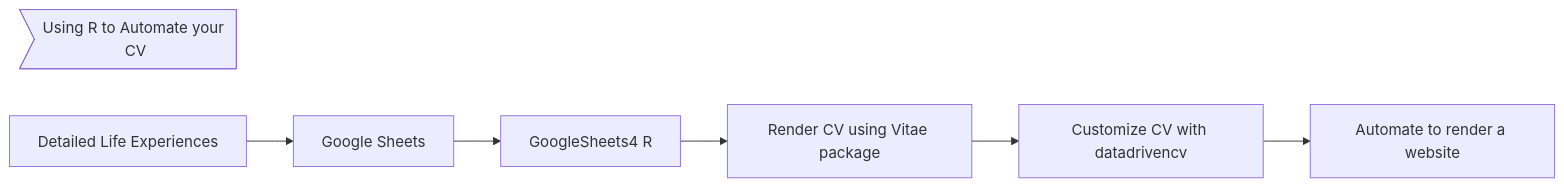
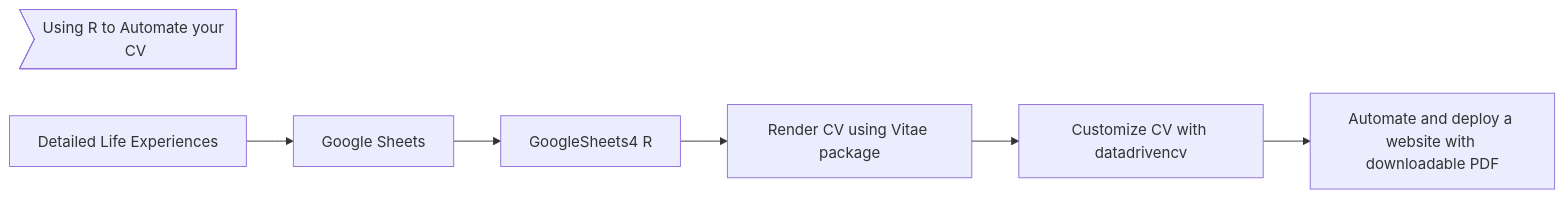
Before and after one commit to dar4datascience/Curriculum-Vitae: the diagram in README.md, drawn with Mermaid. The commit also changed 4 other files, not shown here.

````diff
--- a/README.md
+++ b/README.md
@@ -8,9 +8,9 @@
 ```mermaid
   graph LR;
       explanation>Using R to Automate your CV]
       A[Detailed Life Experiences]-->B[Google Sheets];
       B-->C[GoogleSheets4 R];
       C-->D[Render CV using Vitae package];
       D-->E[Customize CV with datadrivencv]
-      E-->F[Automate to render a website];
+      E-->F[Automate and deploy a website with downloadable PDF];
 ```
````
